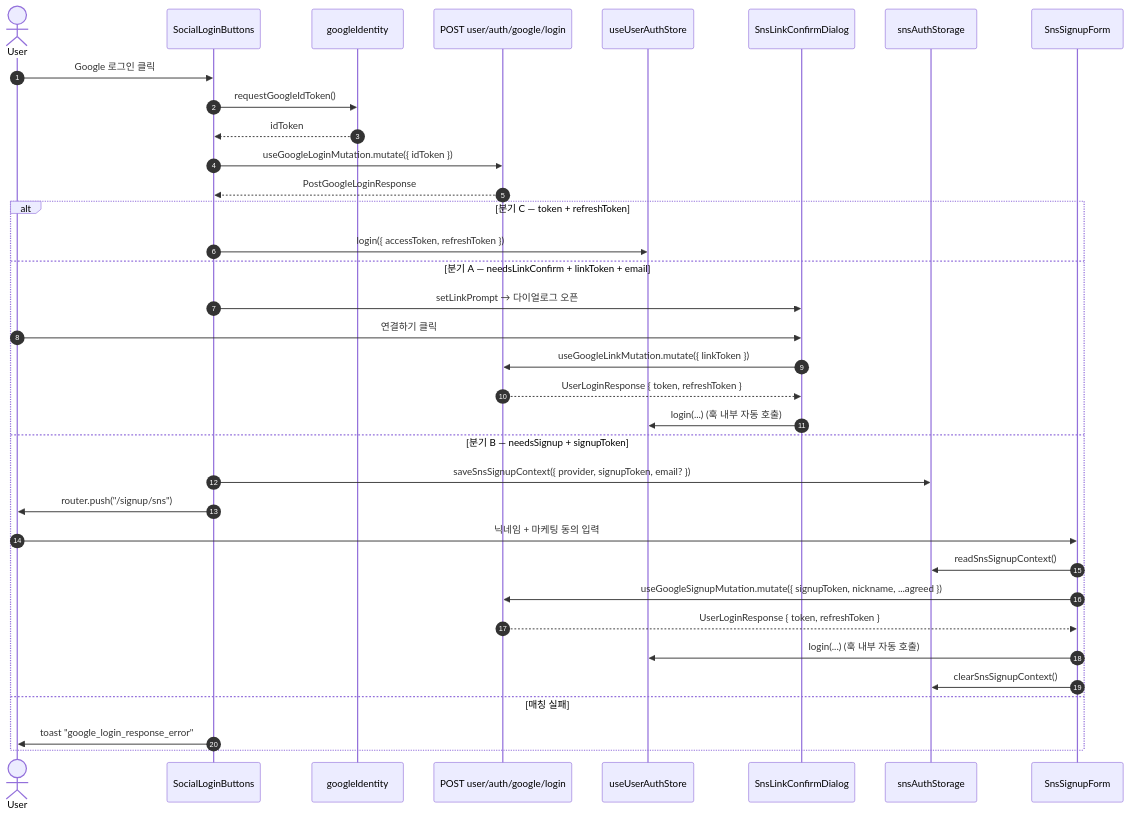
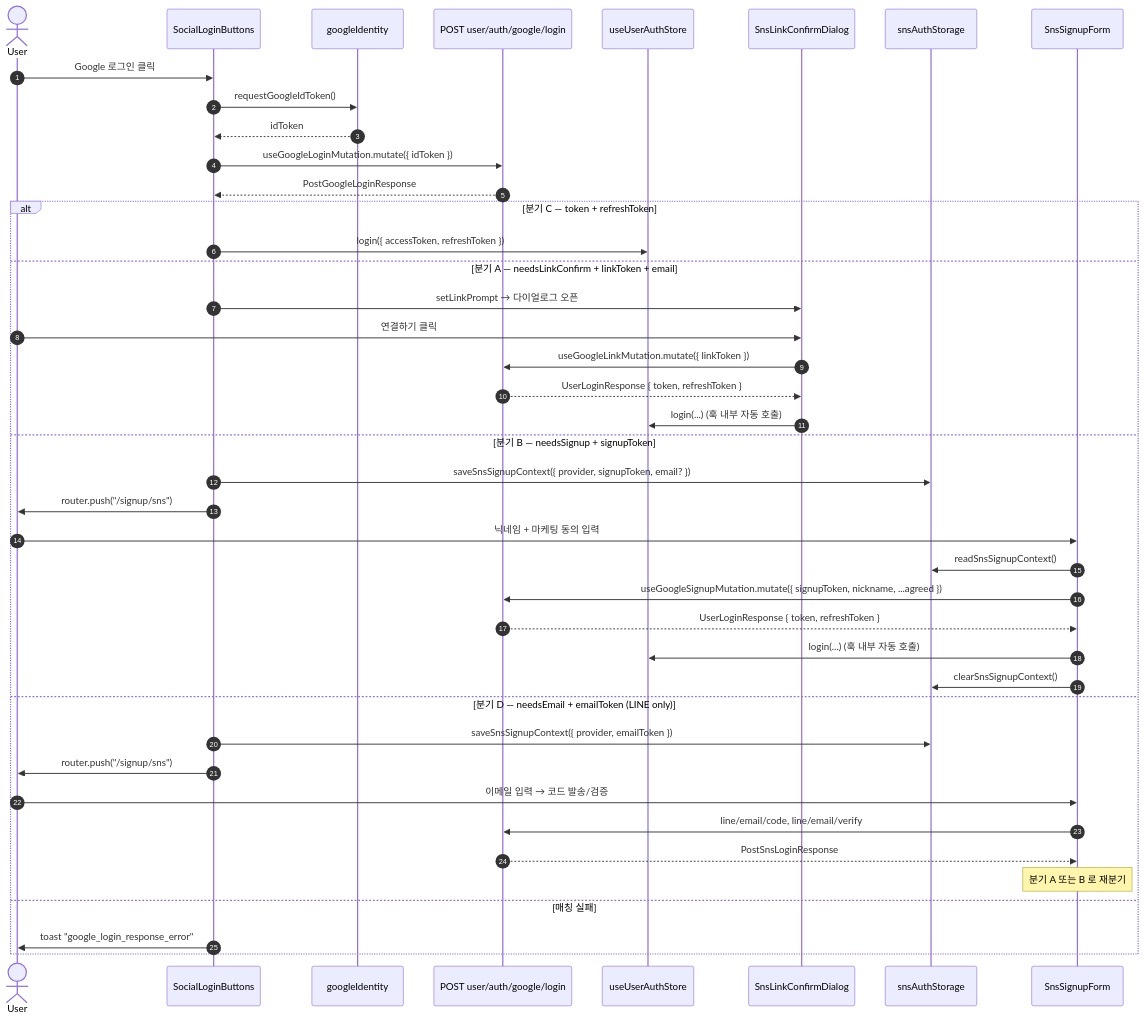
The second of 4 diagrams in apps/web/docs/auth.md (SeoulMomentTech/seoul-moment-fe), drawn with Mermaid before and after one commit. The commit also changed other lines of this file and 11 other files, not shown here.

First line of the commit message:
feat(web): verify a LINE email inside the SNS signup form

````diff
--- a/apps/web/docs/auth.md
+++ b/apps/web/docs/auth.md
@@ -106,39 +112,46 @@
 ```mermaid
 sequenceDiagram
     autonumber
     actor U as User
     participant SB as SocialLoginButtons
     participant GI as googleIdentity
     participant API as POST user/auth/google/login
     participant Store as useUserAuthStore
     participant Dlg as SnsLinkConfirmDialog
     participant SS as snsAuthStorage
     participant Form as SnsSignupForm
 
     U->>SB: Google 로그인 클릭
     SB->>GI: requestGoogleIdToken()
     GI-->>SB: idToken
     SB->>API: useGoogleLoginMutation.mutate({ idToken })
     API-->>SB: PostGoogleLoginResponse
 
     alt 분기 C — token + refreshToken
         SB->>Store: login({ accessToken, refreshToken })
     else 분기 A — needsLinkConfirm + linkToken + email
         SB->>Dlg: setLinkPrompt → 다이얼로그 오픈
         U->>Dlg: 연결하기 클릭
         Dlg->>API: useGoogleLinkMutation.mutate({ linkToken })
         API-->>Dlg: UserLoginResponse { token, refreshToken }
         Dlg->>Store: login(...) (훅 내부 자동 호출)
     else 분기 B — needsSignup + signupToken
         SB->>SS: saveSnsSignupContext({ provider, signupToken, email? })
         SB->>U: router.push("/signup/sns")
         U->>Form: 닉네임 + 마케팅 동의 입력
         Form->>SS: readSnsSignupContext()
         Form->>API: useGoogleSignupMutation.mutate({ signupToken, nickname, ...agreed })
         API-->>Form: UserLoginResponse { token, refreshToken }
         Form->>Store: login(...) (훅 내부 자동 호출)
         Form->>SS: clearSnsSignupContext()
+    else 분기 D — needsEmail + emailToken (LINE only)
+        SB->>SS: saveSnsSignupContext({ provider, emailToken })
+        SB->>U: router.push("/signup/sns")
+        U->>Form: 이메일 입력 → 코드 발송/검증
+        Form->>API: line/email/code, line/email/verify
+        API-->>Form: PostSnsLoginResponse
+        Note over Form: 분기 A 또는 B 로 재분기
     else 매칭 실패
         SB->>U: toast "google_login_response_error"
     end
 ```
````
